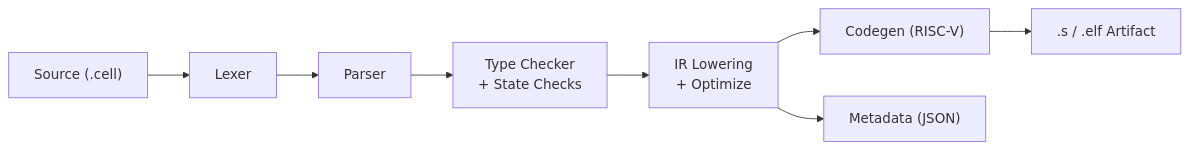
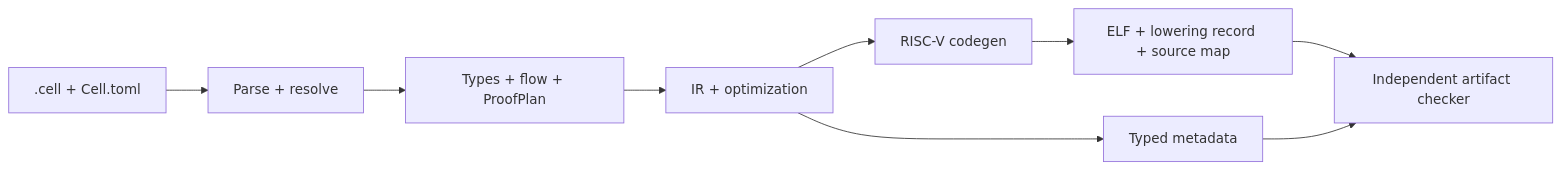
One commit to CellScript-Labs/CellScript changed the diagram in README.md. Above: the diagram before and after it, drawn with Mermaid. The commit also changed other lines of this file, not shown here.

````diff
--- a/README.md
+++ b/README.md
@@ -568,10 +251,11 @@
 ```mermaid
 graph LR
-    Source["Source (.cell)"] --> Lexer
-    Lexer --> Parser
-    Parser --> TypeCheck["Type Checker\n+ State Checks"]
-    TypeCheck --> IRLower["IR Lowering\n+ Optimize"]
-    IRLower --> Codegen["Codegen (RISC-V)"]
-    IRLower --> Metadata["Metadata (JSON)"]
-    Codegen --> Artifact[".s / .elf Artifact"]
+    Source[".cell + Cell.toml"] --> Frontend["Parse + resolve"]
+    Frontend --> Semantics["Types + flow + ProofPlan"]
+    Semantics --> IR["IR + optimization"]
+    IR --> Codegen["RISC-V codegen"]
+    IR --> Metadata["Typed metadata"]
+    Codegen --> ELF["ELF + lowering record + source map"]
+    ELF --> Checker["Independent artifact checker"]
+    Metadata --> Checker
 ```
````
